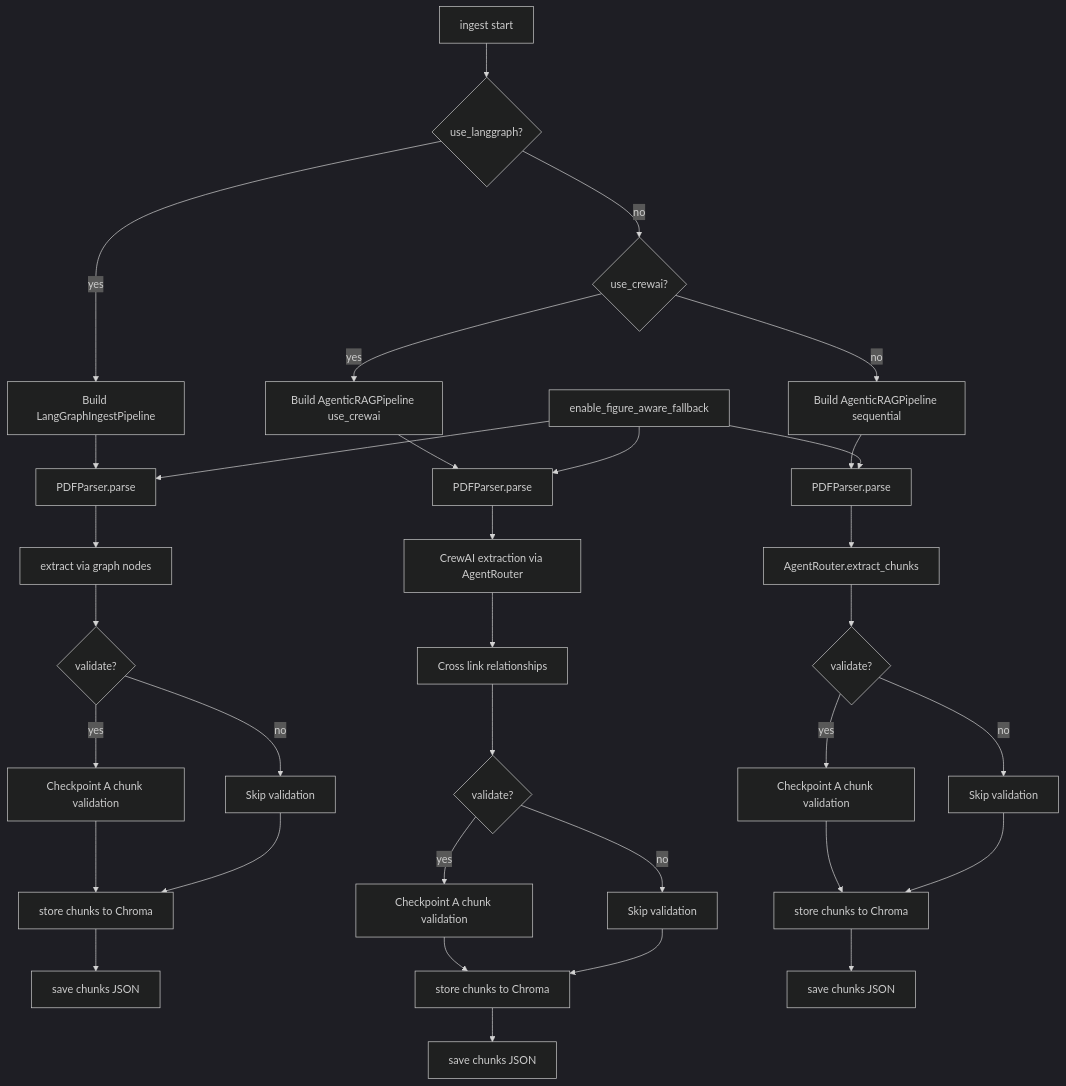
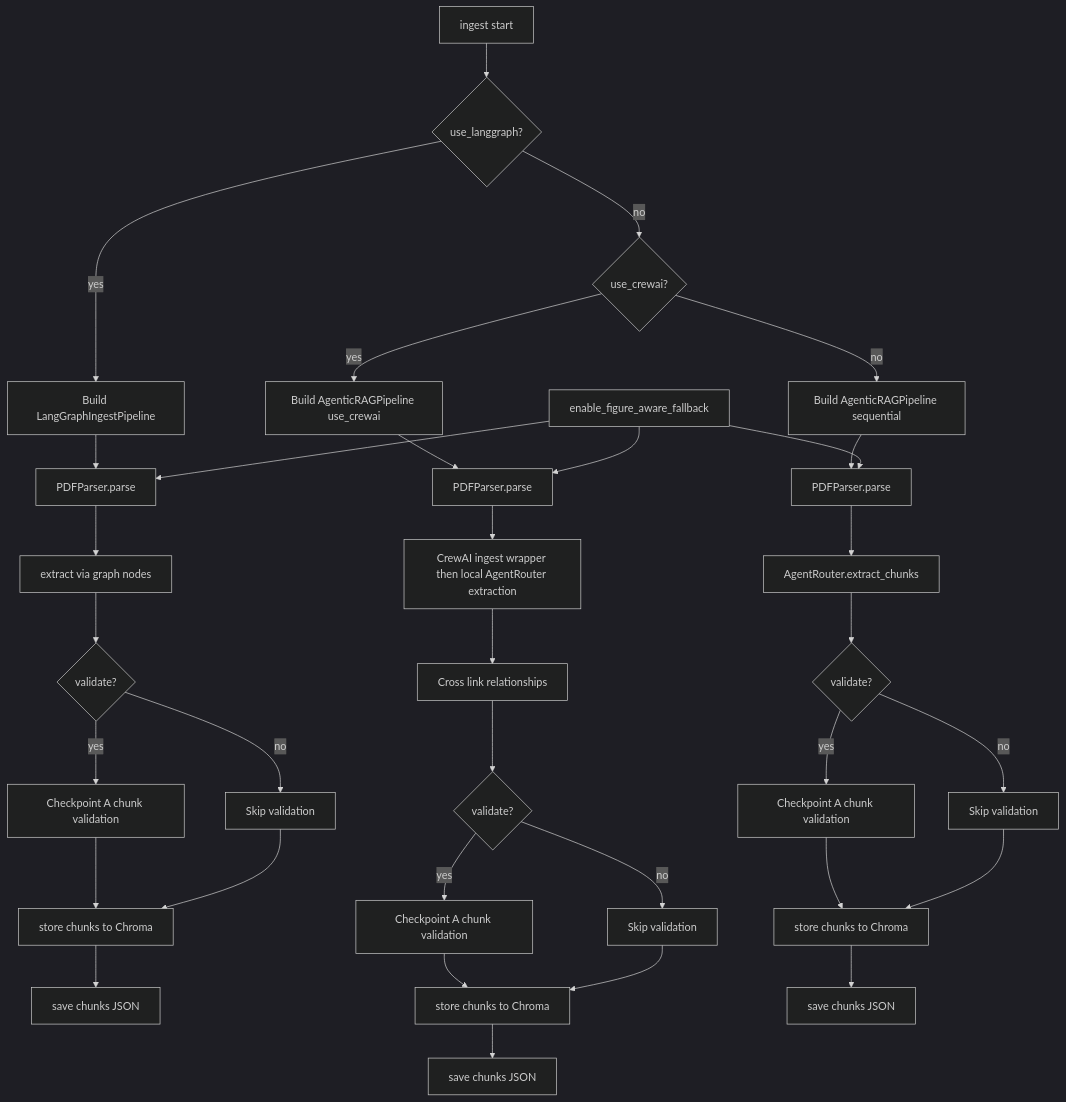
One commit to Mr-Kondo/agentic_rag_for_multi_model_pdf_extraction changed the second of 5 diagrams in docs/FLOW.md. Above: the diagram before and after it, drawn with Mermaid (dark theme). The commit also changed other lines of this file and 12 other files, not shown here.

````diff
--- a/docs/FLOW.md
+++ b/docs/FLOW.md
@@ -46,40 +51,40 @@
 ```mermaid
 flowchart TD
   A[ingest start] --> B{use_langgraph?}
 
   B -->|yes| LG0[Build LangGraphIngestPipeline]
   LG0 --> LG1[PDFParser.parse]
   LG1 --> LG2[extract via graph nodes]
   LG2 --> LG3{validate?}
   LG3 -->|yes| LG4[Checkpoint A chunk validation]
   LG3 -->|no| LG5[Skip validation]
   LG4 --> LG6[store chunks to Chroma]
   LG5 --> LG6
   LG6 --> LG7[save chunks JSON]
 
   B -->|no| C{use_crewai?}
   C -->|yes| CR0[Build AgenticRAGPipeline use_crewai]
   CR0 --> CR1[PDFParser.parse]
-  CR1 --> CR2[CrewAI extraction via AgentRouter]
+  CR1 --> CR2[CrewAI ingest wrapper then local AgentRouter extraction]
   CR2 --> CR3[Cross link relationships]
   CR3 --> CR4{validate?}
   CR4 -->|yes| CR5[Checkpoint A chunk validation]
   CR4 -->|no| CR6[Skip validation]
   CR5 --> CR7[store chunks to Chroma]
   CR6 --> CR7
   CR7 --> CR8[save chunks JSON]
 
   C -->|no| SQ0[Build AgenticRAGPipeline sequential]
   SQ0 --> SQ1[PDFParser.parse]
   SQ1 --> SQ2[AgentRouter.extract_chunks]
   SQ2 --> SQ3{validate?}
   SQ3 -->|yes| SQ4[Checkpoint A chunk validation]
   SQ3 -->|no| SQ5[Skip validation]
   SQ4 --> SQ6[store chunks to Chroma]
   SQ5 --> SQ6
   SQ6 --> SQ7[save chunks JSON]
 
   F1[enable_figure_aware_fallback] --> SQ1
   F1 --> CR1
   F1 --> LG1
 ```
````
